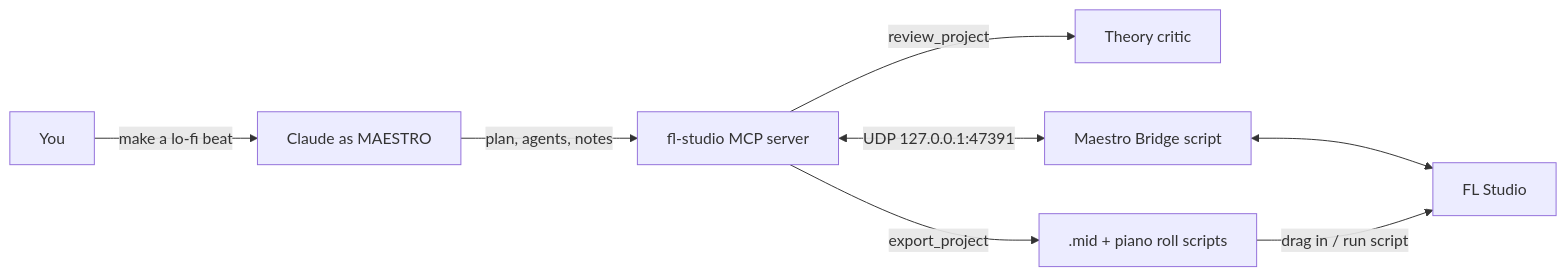
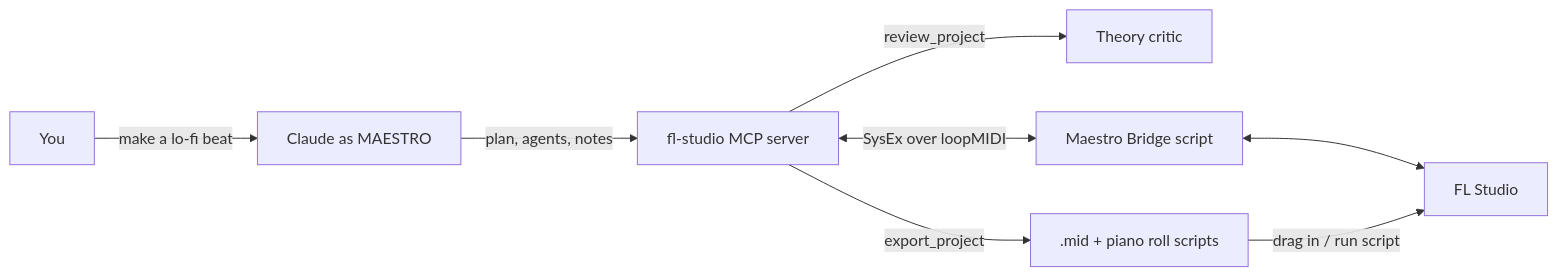
Before and after one commit to feronline/fl-studio-maestro: the diagram in README.md, drawn with Mermaid. The commit also changed other lines of this file and 13 other files, not shown here.

First line of the commit message:
Bridge 0.3.0: MIDI SysEx transport

````diff
--- a/README.md
+++ b/README.md
@@ -46,10 +46,10 @@
 ```mermaid
 flowchart LR
     U[You] -->|"make a lo-fi beat"| C[Claude as MAESTRO]
     C -->|plan, agents, notes| S[fl-studio MCP server]
     S -->|review_project| Q[Theory critic]
     S -->|export_project| M[".mid + piano roll scripts"]
-    S <-->|UDP 127.0.0.1:47391| B[Maestro Bridge script]
+    S <-->|SysEx over loopMIDI| B[Maestro Bridge script]
     B <--> FL[FL Studio]
     M -->|drag in / run script| FL
 ```
````
